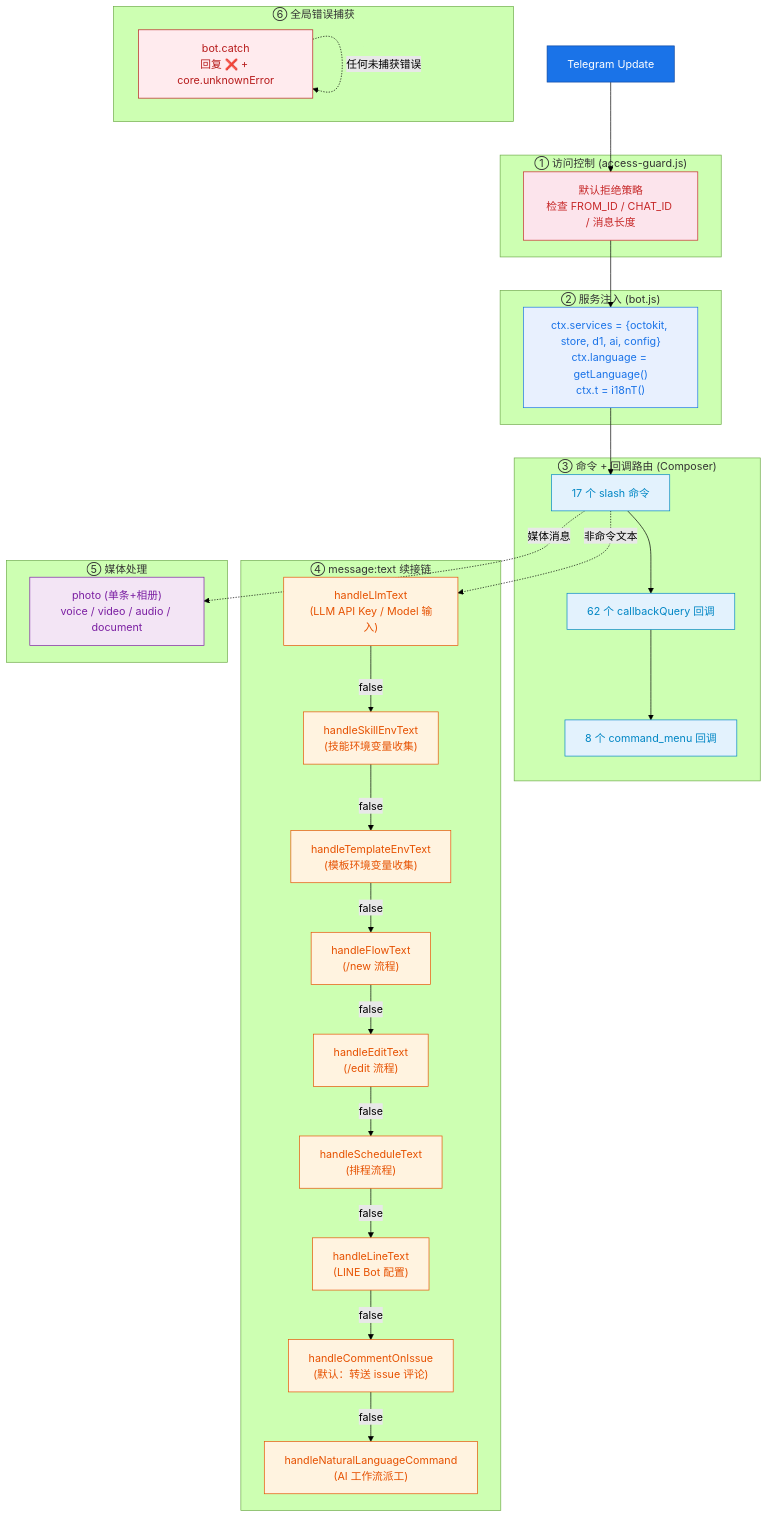
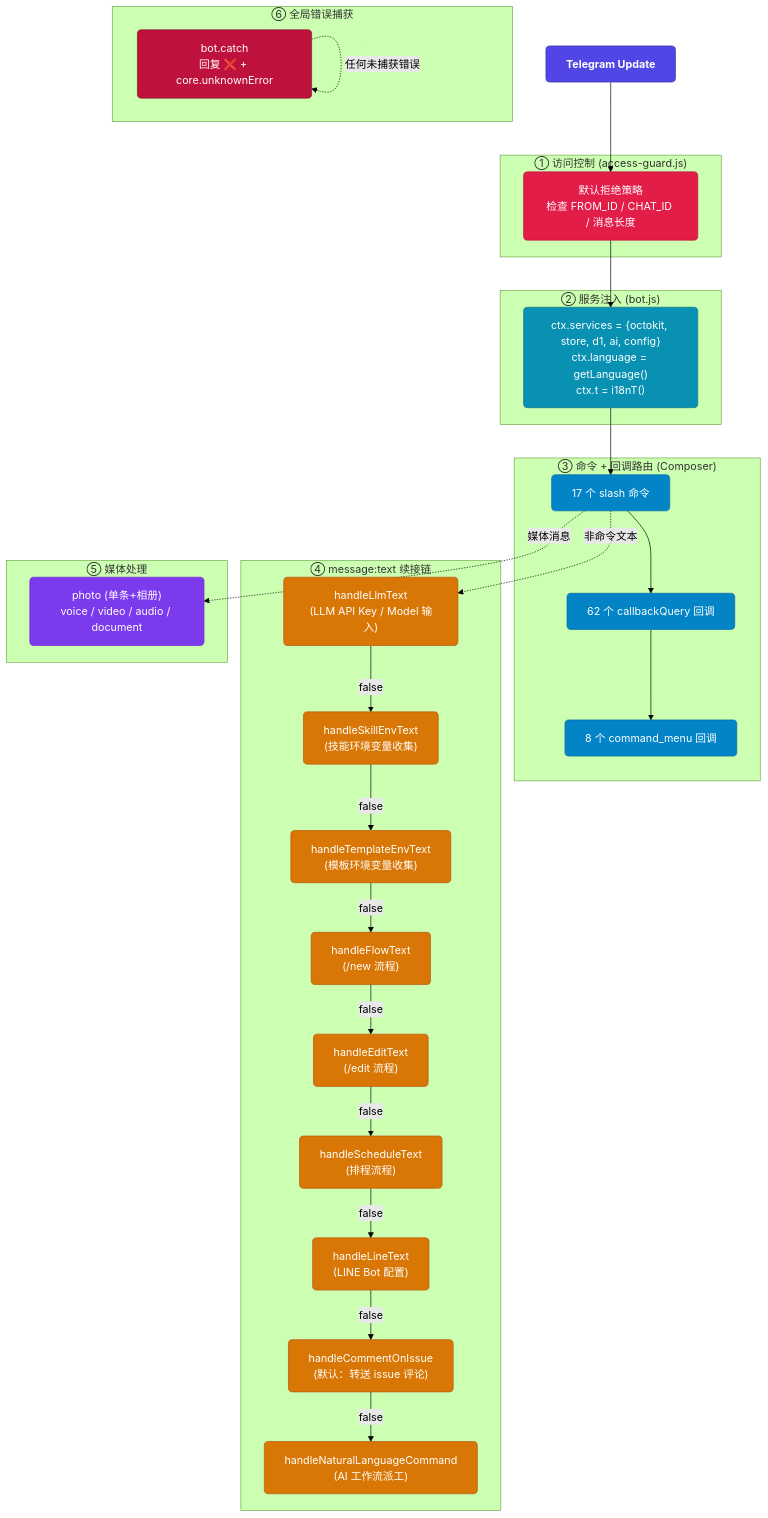
The third of 11 diagrams in src/ARCHITECTURE.md (jeffsia-blacksmith/altShiftClawCore), drawn with Mermaid (forest theme) before and after one commit. The commit also changed other lines of this file and 30 other files, not shown here.

````diff
--- a/src/ARCHITECTURE.md
+++ b/src/ARCHITECTURE.md
@@ -177,53 +176,53 @@
 ```mermaid
 flowchart TB
-    classDef entry fill:#1a73e8,stroke:#0d47a1,color:#fff
-    classDef guard fill:#fce4ec,stroke:#c62828,color:#c62828
-    classDef svc fill:#e8f0fe,stroke:#1a73e8,color:#1a73e8
-    classDef cmd fill:#e3f2fd,stroke:#0086c4,color:#0086c4
-    classDef flow fill:#fff3e0,stroke:#e65100,color:#e65100
-    classDef media fill:#f3e5f5,stroke:#7b1fa2,color:#7b1fa2
-    classDef err fill:#ffebee,stroke:#b71c1c,color:#b71c1c
+    classDef entry fill:#4f46e5,stroke:#3730a3,color:#fff,font-weight:bold,rx:6px
+    classDef guard fill:#e11d48,stroke:#be123c,color:#fff,rx:6px
+    classDef svc fill:#0891b2,stroke:#0e7490,color:#fff,rx:6px
+    classDef cmd fill:#0284c7,stroke:#0369a1,color:#fff,rx:6px
+    classDef flow fill:#d97706,stroke:#b45309,color:#fff,rx:6px
+    classDef media fill:#7c3aed,stroke:#6d28d9,color:#fff,rx:6px
+    classDef err fill:#be123c,stroke:#881337,color:#fff,rx:6px
 
     UPDATE["Telegram Update"]:::entry
 
     subgraph "① 访问控制 (access-guard.js)"
         AG["默认拒绝策略<br/>检查 FROM_ID / CHAT_ID / 消息长度"]:::guard
     end
 
     subgraph "② 服务注入 (bot.js)"
         SVC["ctx.services = {octokit, store, d1, ai, config}<br/>ctx.language = getLanguage()<br/>ctx.t = i18nT()"]:::svc
     end
 
     subgraph "③ 命令 + 回调路由 (Composer)"
         CMD["17 个 slash 命令"]:::cmd
         CB["62 个 callbackQuery 回调"]:::cmd
         MENUCB["8 个 command_menu 回调"]:::cmd
     end
 
     subgraph "④ message:text 续接链"
         T1["handleLlmText<br/>(LLM API Key / Model 输入)"]:::flow
         T2["handleSkillEnvText<br/>(技能环境变量收集)"]:::flow
         T3["handleTemplateEnvText<br/>(模板环境变量收集)"]:::flow
         T4["handleFlowText<br/>(/new 流程)"]:::flow
         T5["handleEditText<br/>(/edit 流程)"]:::flow
         T6["handleScheduleText<br/>(排程流程)"]:::flow
         T7["handleLineText<br/>(LINE Bot 配置)"]:::flow
         T8["handleCommentOnIssue<br/>(默认：转送 issue 评论)"]:::flow
         T9["handleNaturalLanguageCommand<br/>(AI 工作流派工)"]:::flow
     end
 
     subgraph "⑤ 媒体处理"
         MEDIA["photo (单条+相册)<br/>voice / video / audio / document"]:::media
     end
 
     subgraph "⑥ 全局错误捕获"
         CATCH["bot.catch<br/>回复 ❌ + core.unknownError"]:::err
     end
 
     UPDATE --> AG --> SVC --> CMD --> CB --> MENUCB
     CMD -.->|"非命令文本"| T1
     T1 -->|false| T2 -->|false| T3 -->|false| T4 -->|false| T5
     T5 -->|false| T6 -->|false| T7 -->|false| T8 -->|false| T9
     CMD -.->|"媒体消息"| MEDIA
     CATCH -.->|"任何未捕获错误"| CATCH
 ```
````
